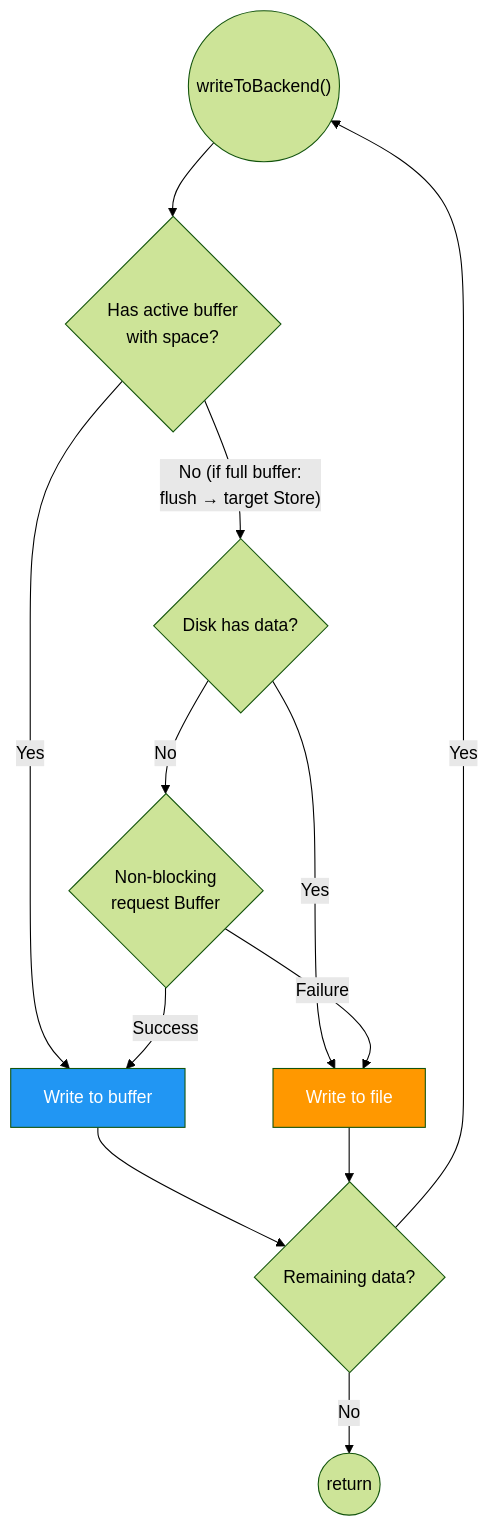
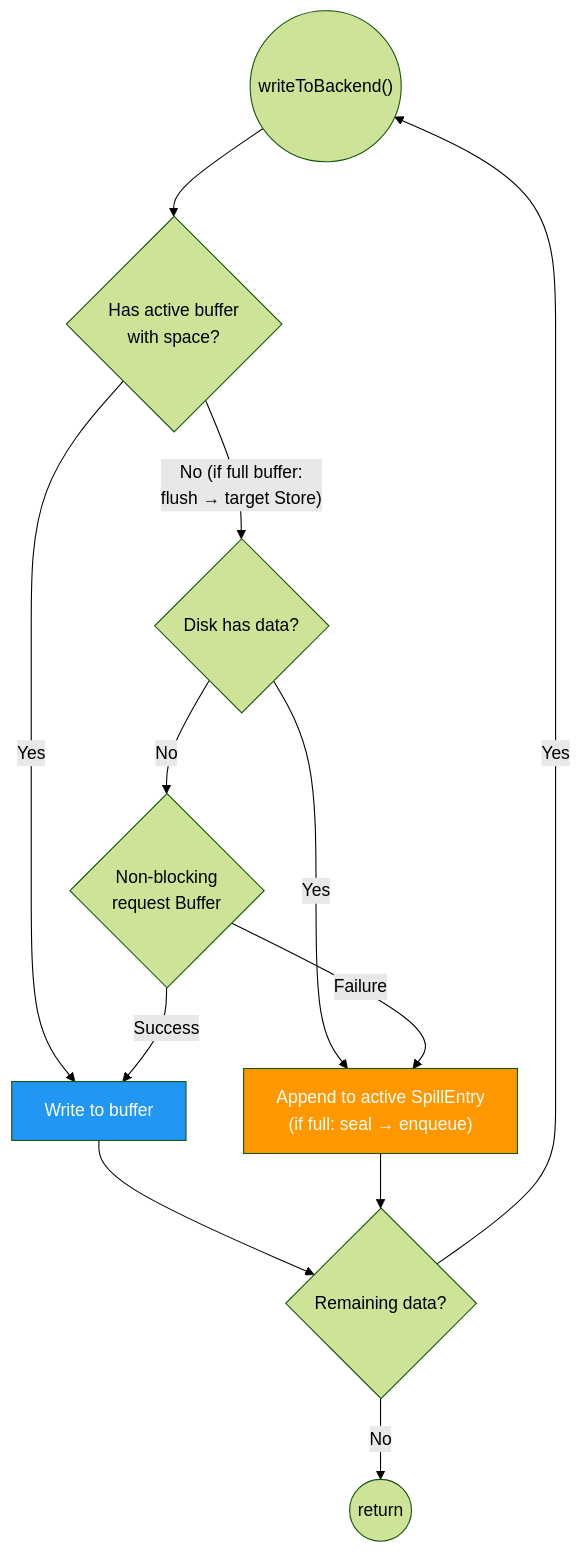
One commit to 1996fanrui/flink changed the fifth of 6 diagrams in requirements/38544/data_flow.md. Above: the diagram before and after it, drawn with Mermaid (forest theme). The commit also changed other lines of this file and 5 other files, not shown here.

First line of the commit message:
[FLINK-38544] Align SpillEntry granularity with Network Buffer 1:1

````diff
--- a/requirements/38544/data_flow.md
+++ b/requirements/38544/data_flow.md
@@ -159,21 +159,21 @@
 ```mermaid
 flowchart TD
     WTB(("writeToBackend()")) --> Active{"Has active buffer<br/>with space?"}
     Active -- Yes --> WriteBuf["Write to buffer"]
     WriteBuf --> Remain{"Remaining data?"}
     Remain -- No --> Done(("return"))
     Remain -- Yes --> WTB
 
     Active -- "No (if full buffer:<br/>flush → target Store)" --> DiskCheck
 
     DiskCheck{"Disk has data?"}
-    DiskCheck -- Yes --> WriteFile["Write to file"]
+    DiskCheck -- Yes --> WriteFile["Append to active SpillEntry<br/>(if full: seal → enqueue)"]
     DiskCheck -- No --> ReqBuf{"Non-blocking<br/>request Buffer"}
     ReqBuf -- Success --> WriteBuf
     ReqBuf -- Failure --> WriteFile
 
     WriteFile --> Remain
 
     style WriteBuf fill:#2196F3,color:#fff
     style WriteFile fill:#FF9800,color:#fff
 ```
````
